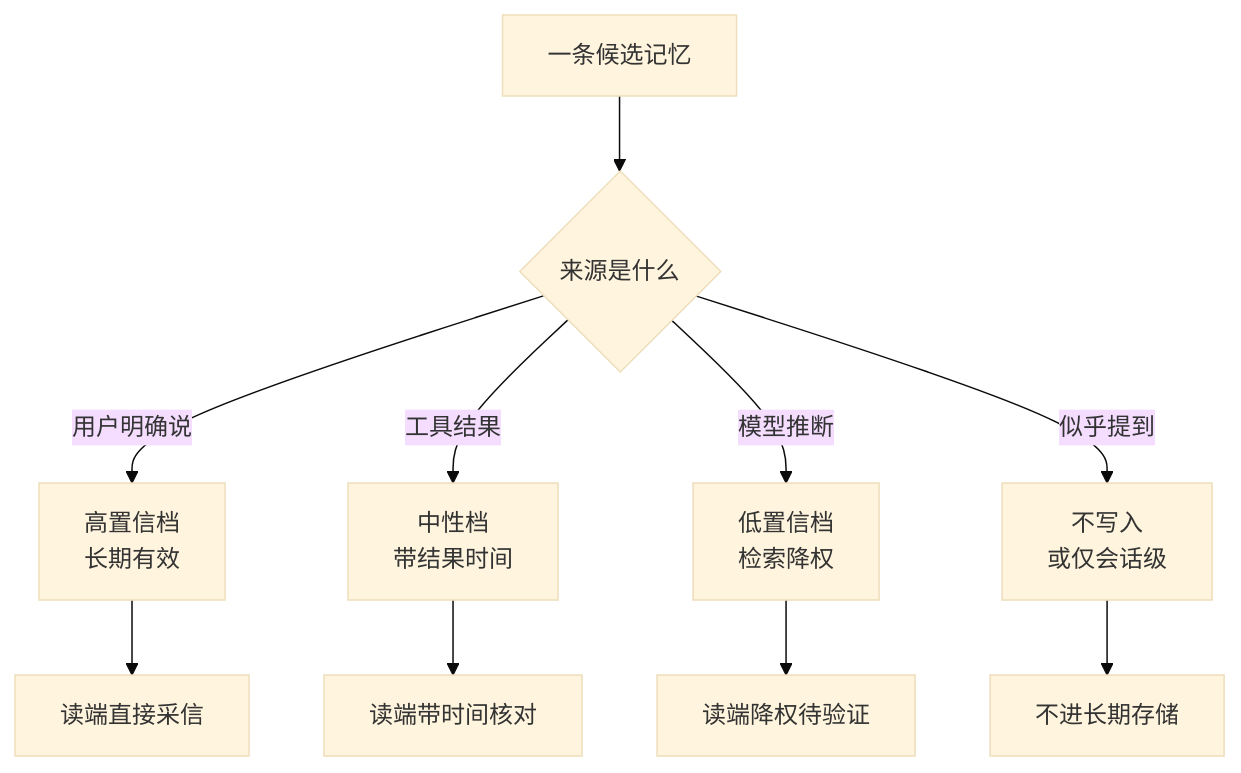
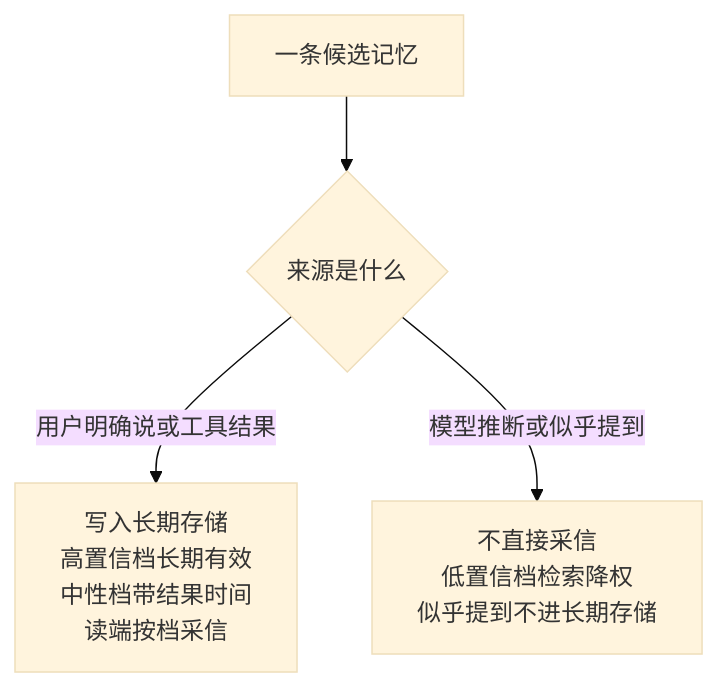
The first of 2 diagrams in vault/工程知识/AI 系统工程：从模型能力到生产能力/模型与上下文/记忆写入治理：来源、主体与过期决定记忆的可信度.md (hub138/technical-knowledge), drawn with Mermaid (base theme) before and after one commit. The commit also changed other lines of this file and 622 other files, not shown here.

````diff
--- a/vault/工程知识/AI 系统工程：从模型能力到生产能力/模型与上下文/记忆写入治理：来源、主体与过期决定记忆的可信度.md
+++ b/vault/工程知识/AI 系统工程：从模型能力到生产能力/模型与上下文/记忆写入治理：来源、主体与过期决定记忆的可信度.md
@@ -42,12 +56,6 @@
 ```mermaid
 graph TD
     A[一条候选记忆] --> B{来源是什么}
-    B -->|用户明确说| C[高置信档<br/>长期有效]
-    B -->|工具结果| D[中性档<br/>带结果时间]
-    B -->|模型推断| E[低置信档<br/>检索降权]
-    B -->|似乎提到| F[不写入<br/>或仅会话级]
-    C --> G[读端直接采信]
-    D --> H[读端带时间核对]
-    E --> I[读端降权待验证]
-    F --> J[不进长期存储]
+    B -->|用户明确说或工具结果| C[写入长期存储<br/>高置信档长期有效<br/>中性档带结果时间<br/>读端按档采信]
+    B -->|模型推断或似乎提到| D[不直接采信<br/>低置信档检索降权<br/>似乎提到不进长期存储]
 ```
````
